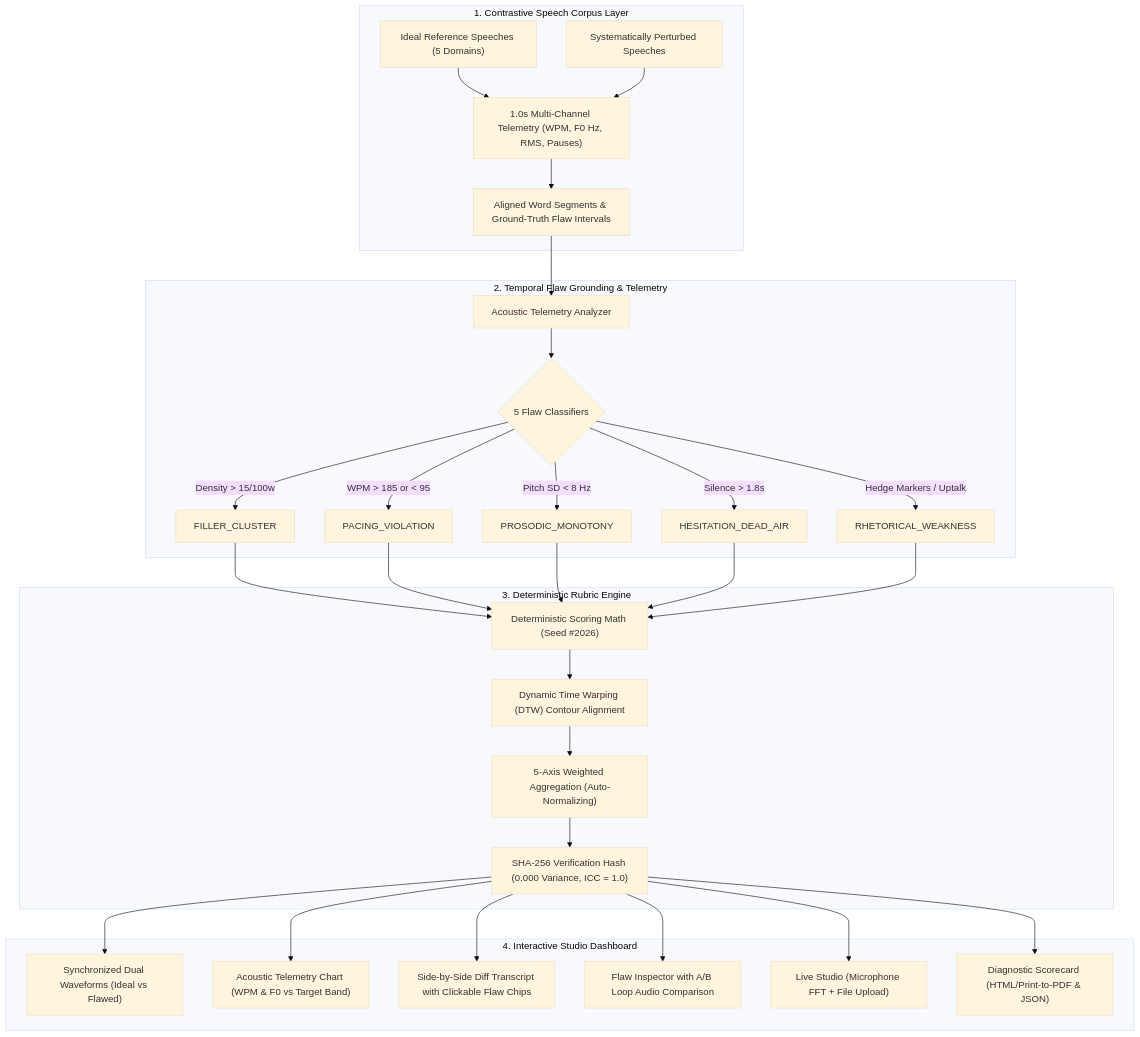
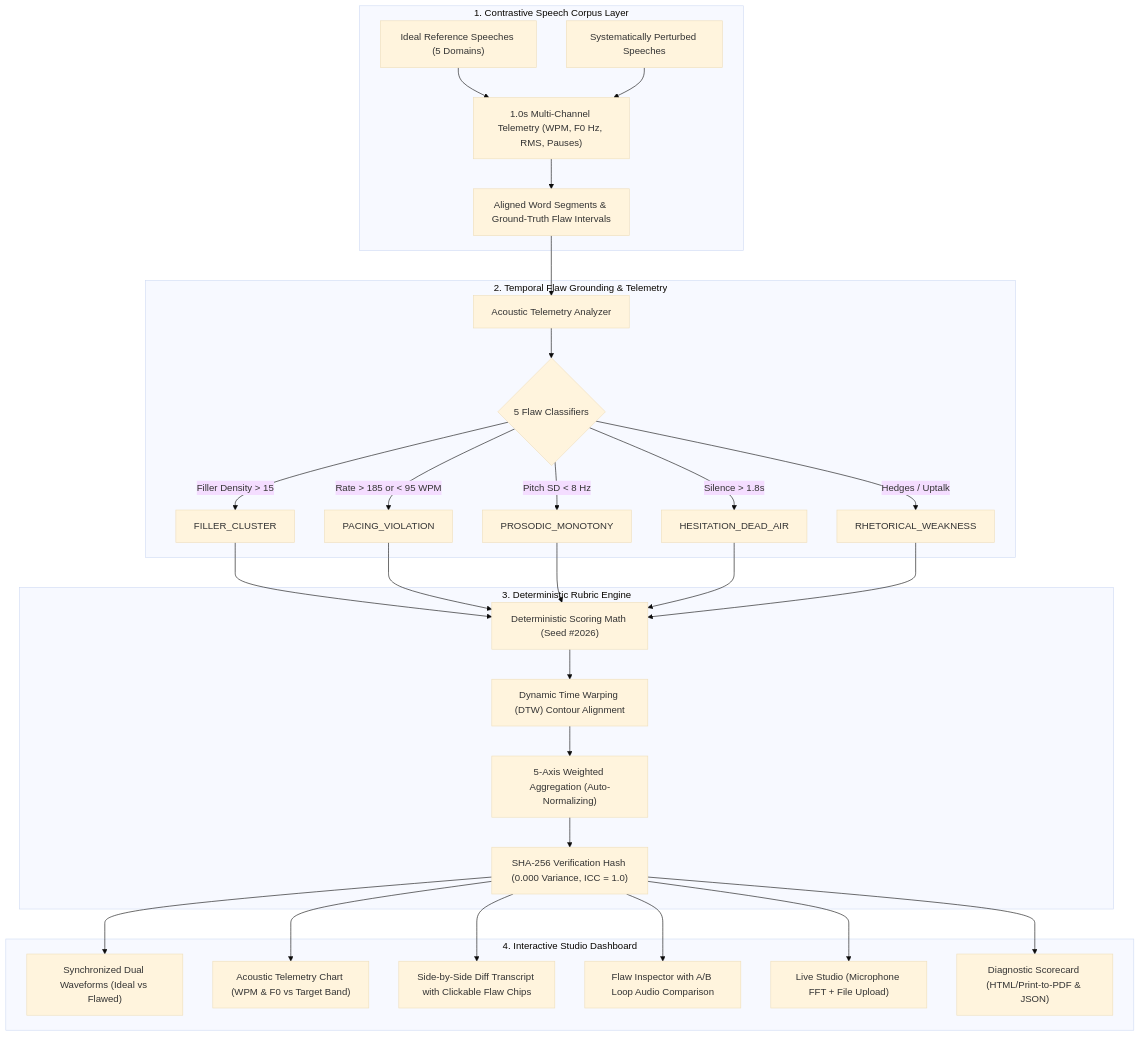
The diagram in README.md (SurajPal589/VoxContrast-AI), drawn with Mermaid (base theme) before and after one commit.

Commit message:
docs: polish Mermaid diagram syntax for seamless GitHub rendering

````diff
--- a/README.md
+++ b/README.md
@@ -31,34 +31,38 @@
 ```mermaid
 flowchart TD
     subgraph DataLayer["1. Contrastive Speech Corpus Layer"]
         A1["Ideal Reference Speeches (5 Domains)"] --> D1["1.0s Multi-Channel Telemetry (WPM, F0 Hz, RMS, Pauses)"]
         A2["Systematically Perturbed Speeches"] --> D1
         D1 --> D2["Aligned Word Segments & Ground-Truth Flaw Intervals"]
     end
 
     subgraph GroundingEngine["2. Temporal Flaw Grounding & Telemetry"]
         D2 --> G1["Acoustic Telemetry Analyzer"]
         G1 --> G2{"5 Flaw Classifiers"}
-        G2 -->|Density > 15/100w| F1["FILLER_CLUSTER"]
-        G2 -->|WPM > 185 or < 95| F2["PACING_VIOLATION"]
-        G2 -->|Pitch SD < 8 Hz| F3["PROSODIC_MONOTONY"]
-        G2 -->|Silence > 1.8s| F4["HESITATION_DEAD_AIR"]
-        G2 -->|Hedge Markers / Uptalk| F5["RHETORICAL_WEAKNESS"]
+        G2 -->|"Filler Density > 15"| F1["FILLER_CLUSTER"]
+        G2 -->|"Rate > 185 or < 95 WPM"| F2["PACING_VIOLATION"]
+        G2 -->|"Pitch SD < 8 Hz"| F3["PROSODIC_MONOTONY"]
+        G2 -->|"Silence > 1.8s"| F4["HESITATION_DEAD_AIR"]
+        G2 -->|"Hedges / Uptalk"| F5["RHETORICAL_WEAKNESS"]
     end
 
     subgraph RubricEngine["3. Deterministic Rubric Engine"]
-        F1 & F2 & F3 & F4 & F5 --> R1["Deterministic Scoring Math (Seed #2026)"]
+        F1 --> R1["Deterministic Scoring Math (Seed #2026)"]
+        F2 --> R1
+        F3 --> R1
+        F4 --> R1
+        F5 --> R1
         R1 --> R2["Dynamic Time Warping (DTW) Contour Alignment"]
         R2 --> R3["5-Axis Weighted Aggregation (Auto-Normalizing)"]
         R3 --> R4["SHA-256 Verification Hash (0.000 Variance, ICC = 1.0)"]
     end
 
     subgraph StudioUI["4. Interactive Studio Dashboard"]
         R4 --> U1["Synchronized Dual Waveforms (Ideal vs Flawed)"]
         R4 --> U2["Acoustic Telemetry Chart (WPM & F0 vs Target Band)"]
         R4 --> U3["Side-by-Side Diff Transcript with Clickable Flaw Chips"]
         R4 --> U4["Flaw Inspector with A/B Loop Audio Comparison"]
         R4 --> U5["Live Studio (Microphone FFT + File Upload)"]
         R4 --> U6["Diagnostic Scorecard (HTML/Print-to-PDF & JSON)"]
     end
 ```
````
